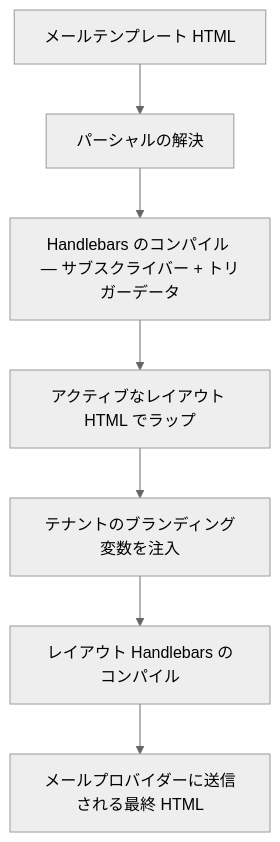
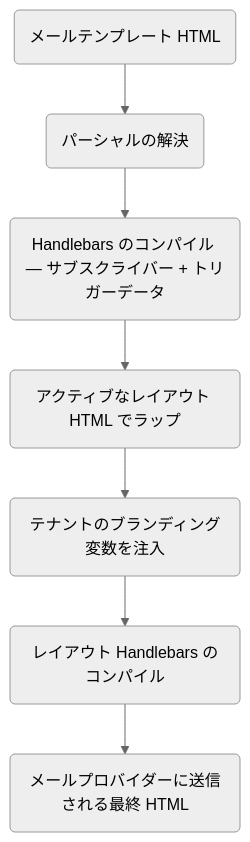
The diagram in content/docs/ja/platform/features/email-layouts.mdx (KriyanshKhunt/nexus_docs), drawn with Mermaid (neutral theme) before and after one commit. The commit also changed 20 other files, not shown here.

Commit message:
Handle ja Mermaid charts

````diff
--- a/content/docs/ja/platform/features/email-layouts.mdx
+++ b/content/docs/ja/platform/features/email-layouts.mdx
@@ -83,9 +83,9 @@
 ```mermaid
 flowchart TD
-  T[メールテンプレート HTML] --> P[パーシャルの解決]
-  P --> C[Handlebars のコンパイル — サブスクライバー + トリガーデータ]
-  C --> L[アクティブなレイアウト HTML でラップ]
-  L --> B[テナントのブランディング変数を注入]
-  B --> H[レイアウト Handlebars のコンパイル]
-  H --> Out[メールプロバイダーに送信される最終 HTML]
+  T(メールテンプレート HTML) --> P(パーシャルの解決)
+  P --> C(Handlebars のコンパイル — サブスクライバー + トリガーデータ)
+  C --> L(アクティブなレイアウト HTML でラップ)
+  L --> B(テナントのブランディング変数を注入)
+  B --> H(レイアウト Handlebars のコンパイル)
+  H --> Out(メールプロバイダーに送信される最終 HTML)
 ```
````
